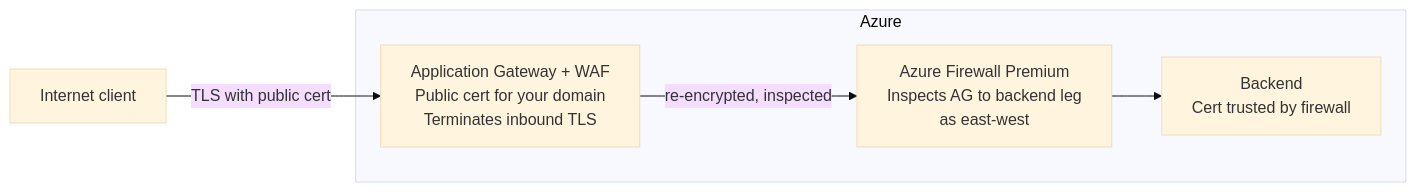
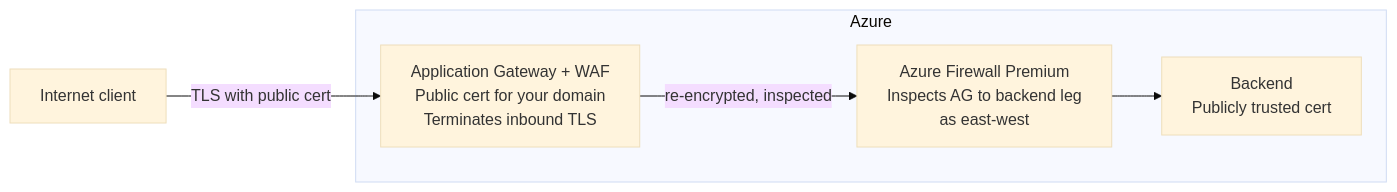
The fourth of 4 diagrams in blog/azure-firewall-tls-inspection.md (simonpainter/www.simonpainter.com), drawn with Mermaid (base theme) before and after one commit. The commit also changed other lines of this file, not shown here.

Commit message:
Correct backend trust, Key Vault RBAC and Firefox details in TLS inspection post

````diff
--- a/blog/azure-firewall-tls-inspection.md
+++ b/blog/azure-firewall-tls-inspection.md
@@ -136,12 +138,12 @@
 ```mermaid
 flowchart LR
     U[Internet client]
     subgraph Azure
         AG[Application Gateway + WAF<br/>Public cert for your domain<br/>Terminates inbound TLS]
         FW[Azure Firewall Premium<br/>Inspects AG to backend leg<br/>as east-west]
-        B[Backend<br/>Cert trusted by firewall]
+        B[Backend<br/>Publicly trusted cert]
     end
     U -- "TLS with public cert" --> AG
     AG -- "re-encrypted, inspected" --> FW
     FW --> B
 ```
````
